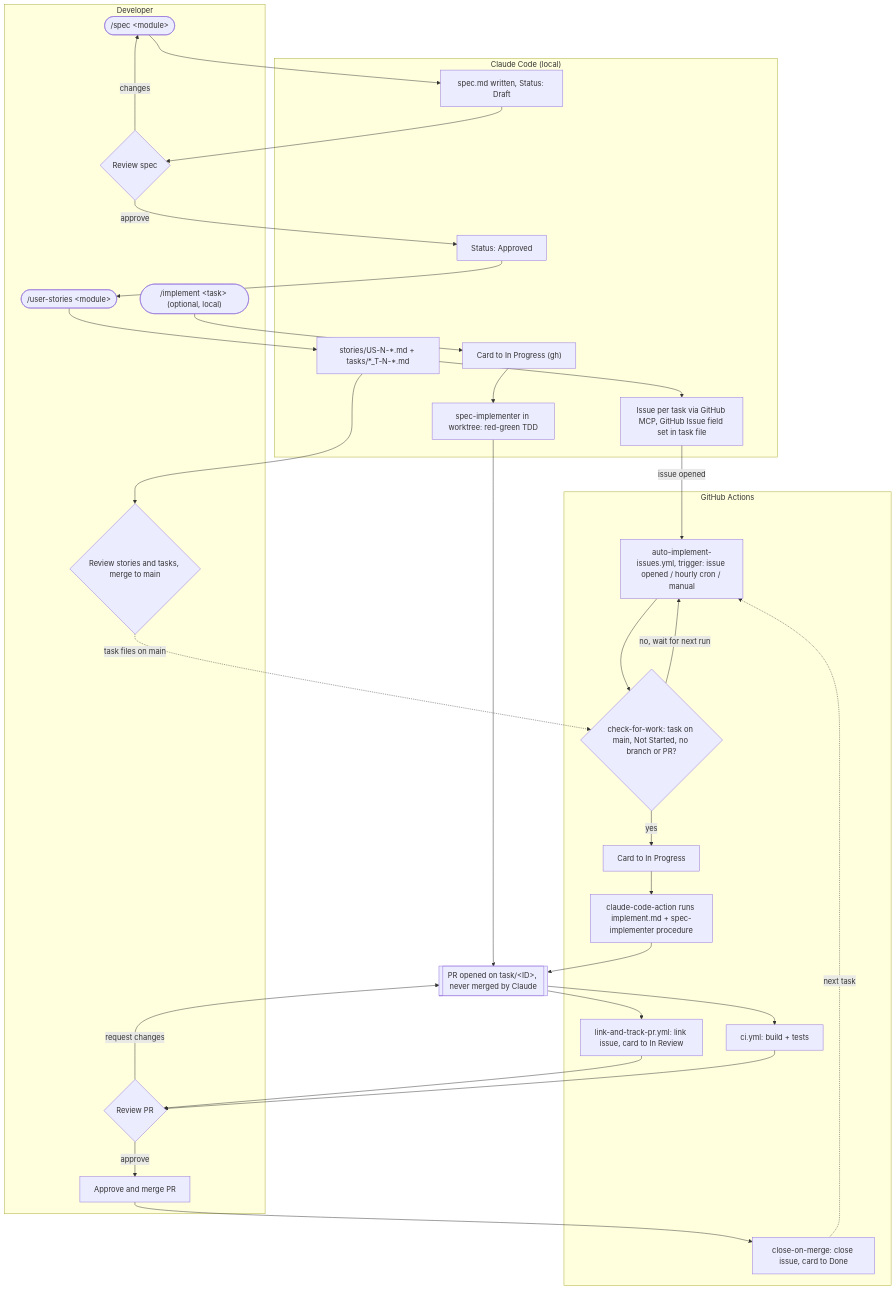
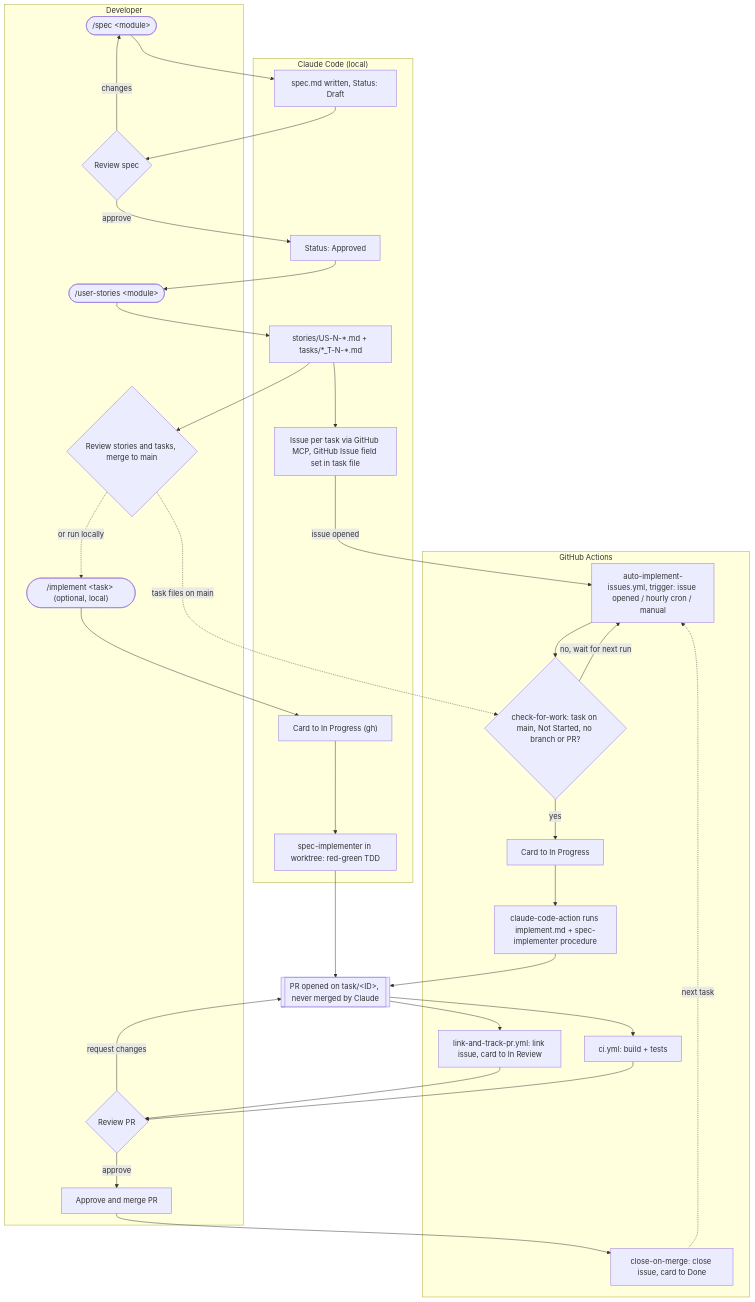
One commit to caioq/ai-investment-assistant changed the first of 2 diagrams in WORKFLOW.md. Above: the diagram before and after it, drawn with Mermaid.

Commit message:
docs: place /implement after the stories/tasks merge in workflow flowchart

````diff
--- a/WORKFLOW.md
+++ b/WORKFLOW.md
@@ -128,52 +128,53 @@
 ```mermaid
 flowchart TD
   subgraph DEV["Developer"]
     D1(["/spec &lt;module&gt;"])
     G1{"Review spec"}
     D2(["/user-stories &lt;module&gt;"])
     G2{"Review stories and tasks, merge to main"}
     D3(["/implement &lt;task&gt; (optional, local)"])
     G3{"Review PR"}
     M["Approve and merge PR"]
   end
 
   subgraph CC["Claude Code (local)"]
     S["spec.md written, Status: Draft"]
     A["Status: Approved"]
     T["stories/US-N-*.md + tasks/*_T-N-*.md"]
     I["Issue per task via GitHub MCP, GitHub Issue field set in task file"]
     L1["Card to In Progress (gh)"]
     L2["spec-implementer in worktree: red-green TDD"]
   end
 
   subgraph GHA["GitHub Actions"]
     C0["auto-implement-issues.yml, trigger: issue opened / hourly cron / manual"]
     C1{"check-for-work: task on main, Not Started, no branch or PR?"}
     C2["Card to In Progress"]
     C3["claude-code-action runs implement.md + spec-implementer procedure"]
     LT["link-and-track-pr.yml: link issue, card to In Review"]
     CI["ci.yml: build + tests"]
     CM["close-on-merge: close issue, card to Done"]
   end
 
   PR[["PR opened on task/&lt;ID&gt;, never merged by Claude"]]
 
   D1 --> S --> G1
   G1 -- "changes" --> D1
   G1 -- "approve" --> A --> D2
   D2 --> T --> I
   T --> G2
   I -- "issue opened" --> C0
   G2 -. "task files on main" .-> C1
   C0 --> C1
   C1 -- "no, wait for next run" --> C0
   C1 -- "yes" --> C2 --> C3 --> PR
+  G2 -. "or run locally" .-> D3
   D3 --> L1 --> L2 --> PR
   PR --> LT
   PR --> CI
   LT --> G3
   CI --> G3
   G3 -- "request changes" --> PR
   G3 -- "approve" --> M --> CM
   CM -. "next task" .-> C0
 ```
````
